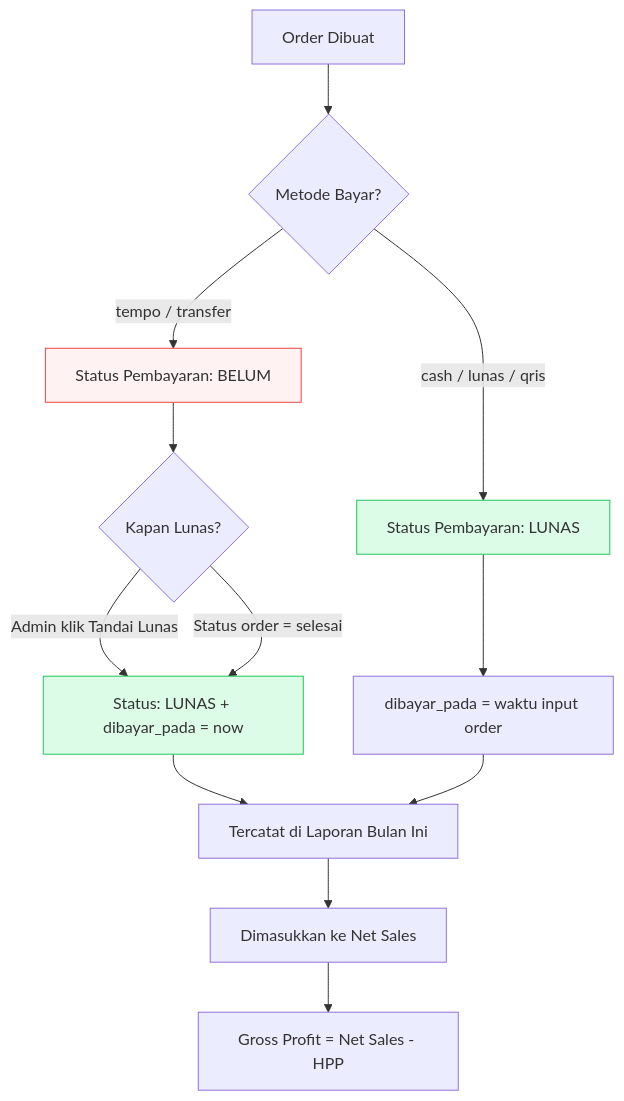
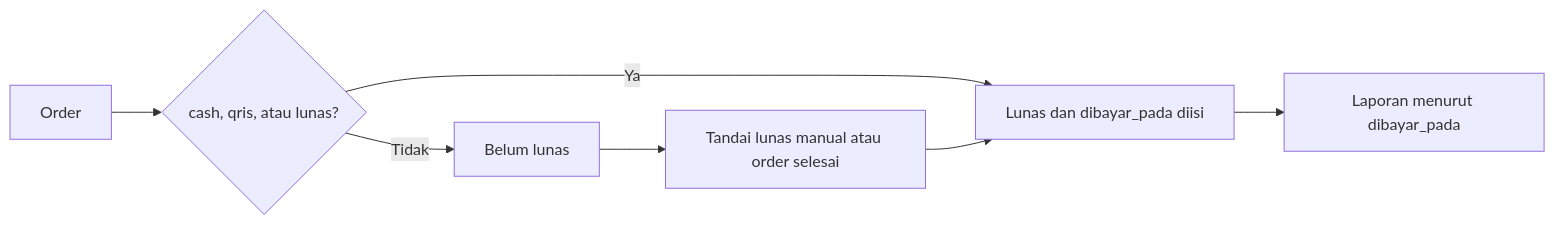
One commit to m0gsy/cuci-sepatu changed the third of 4 diagrams in docs/business-flow.md. Above: the diagram before and after it, drawn with Mermaid. The commit also changed other lines of this file and 136 other files, not shown here.

````diff
--- a/docs/business-flow.md
+++ b/docs/business-flow.md
@@ -52,23 +46,9 @@
 ```mermaid
-flowchart TD
-    A[Order Dibuat] --> B{Metode Bayar?}
-
-    B -->|cash / lunas / qris| C[Status Pembayaran: LUNAS]
-    C --> D[dibayar_pada = waktu input order]
-
-    B -->|tempo / transfer| E[Status Pembayaran: BELUM]
-
-    E --> F{Kapan Lunas?}
-    F -->|Admin klik Tandai Lunas| G[Status: LUNAS + dibayar_pada = now]
-    F -->|Status order = selesai| G
-
-    G --> H[Tercatat di Laporan Bulan Ini]
-    D --> H
-
-    H --> I[Dimasukkan ke Net Sales]
-    I --> J[Gross Profit = Net Sales - HPP]
-
-    style C fill:#dcfce7,stroke:#22c55e
-    style E fill:#fef2f2,stroke:#ef4444
-    style G fill:#dcfce7,stroke:#22c55e
+flowchart LR
+    A[Order] --> B{cash, qris, atau lunas?}
+    B -->|Ya| C[Lunas dan dibayar_pada diisi]
+    B -->|Tidak| D[Belum lunas]
+    D --> E[Tandai lunas manual atau order selesai]
+    E --> C
+    C --> F[Laporan menurut dibayar_pada]
 ```
````
